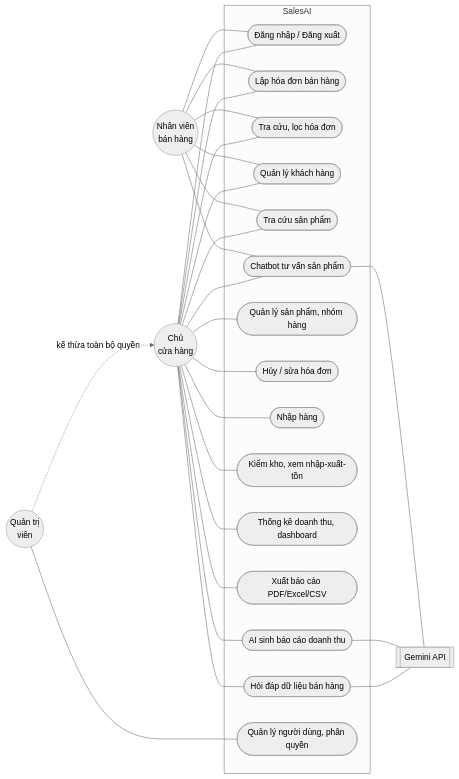
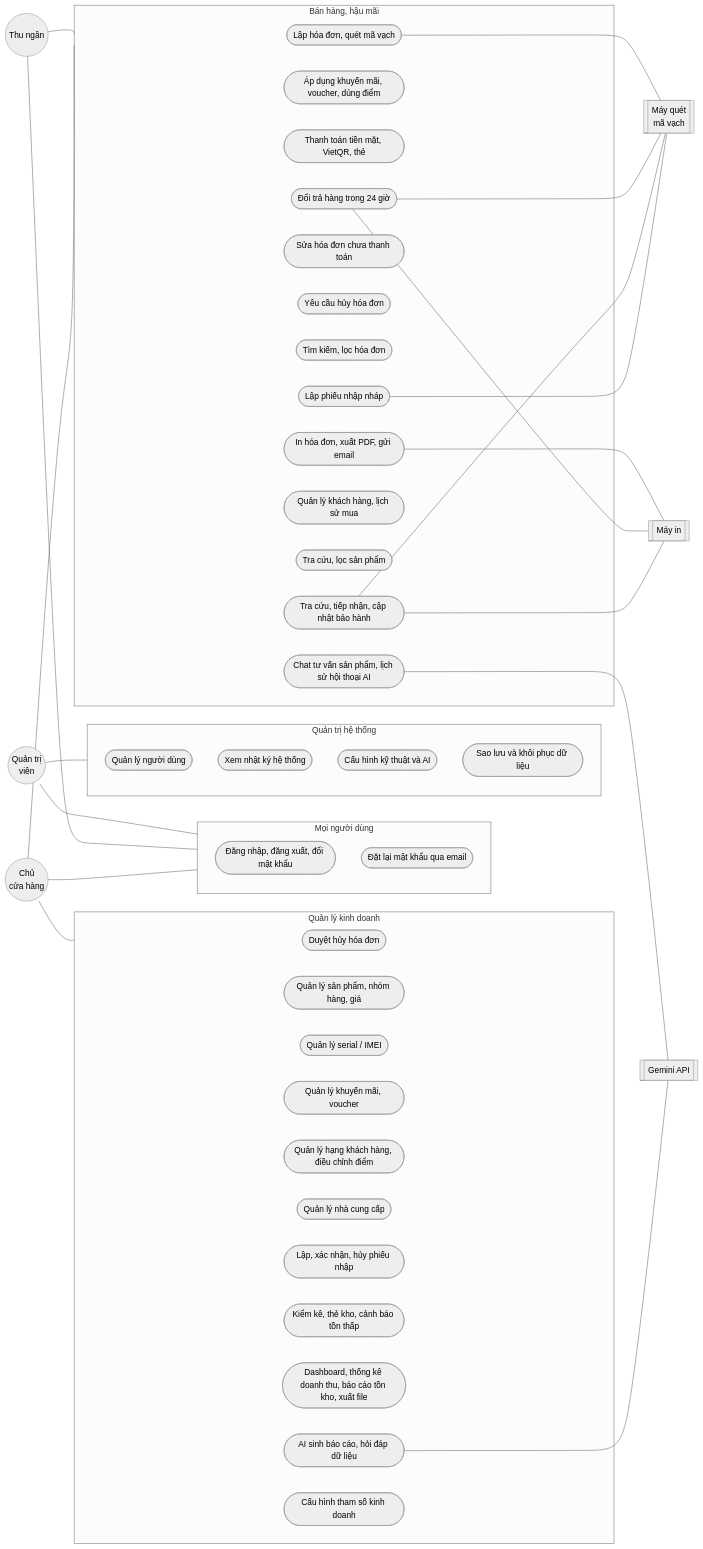
The sixth of 10 diagrams in docs/01_phan_tich_thiet_ke.md (NSNDHaiDang25/HeThongBanHangTichHopAI), drawn with Mermaid (neutral theme) before and after one commit. The commit also changed other lines of this file and 43 other files, not shown here.

First line of the commit message:
Phân quyền 3 vai trò độc lập, khuyến mãi, điểm, IMEI, đổi trả, bảo hành, quản trị hệ thống

````diff
--- a/docs/01_phan_tich_thiet_ke.md
+++ b/docs/01_phan_tich_thiet_ke.md
@@ -91,31 +130,55 @@
 ```mermaid
 flowchart LR
-    Staff((Nhân viên<br/>bán hàng))
+    Admin((Quản trị<br/>viên))
+    Staff((Thu ngân))
     Owner((Chủ<br/>cửa hàng))
-    Admin((Quản trị<br/>viên))
     AI[[Gemini API]]
+    Scan[[Máy quét<br/>mã vạch]]
+    Printer[[Máy in]]
 
-    subgraph SalesAI
-      UC1([Đăng nhập / Đăng xuất])
-      UC2([Lập hóa đơn bán hàng])
-      UC3([Tra cứu, lọc hóa đơn])
-      UC4([Quản lý khách hàng])
-      UC5([Tra cứu sản phẩm])
-      UC6([Chatbot tư vấn sản phẩm])
-      UC7([Quản lý sản phẩm, nhóm hàng])
-      UC8([Hủy / sửa hóa đơn])
-      UC9([Nhập hàng])
-      UC10([Kiểm kho, xem nhập-xuất-tồn])
-      UC11([Thống kê doanh thu, dashboard])
-      UC12([Xuất báo cáo PDF/Excel/CSV])
-      UC13([AI sinh báo cáo doanh thu])
-      UC14([Hỏi đáp dữ liệu bán hàng])
-      UC15([Quản lý người dùng, phân quyền])
+    subgraph Chung[Mọi người dùng]
+      UC1([Đăng nhập, đăng xuất, đổi mật khẩu])
+      UC2([Đặt lại mật khẩu qua email])
+    end
+    subgraph HeThong[Quản trị hệ thống]
+      UC3([Quản lý người dùng])
+      UC4([Xem nhật ký hệ thống])
+      UC5([Cấu hình kỹ thuật và AI])
+      UC6([Sao lưu và khôi phục dữ liệu])
+    end
+    subgraph BanHang[Bán hàng, hậu mãi]
+      UC10([Lập hóa đơn, quét mã vạch])
+      UC11([Áp dụng khuyến mãi, voucher, dùng điểm])
+      UC12([Thanh toán tiền mặt, VietQR, thẻ])
+      UC13([In hóa đơn, xuất PDF, gửi email])
+      UC14([Sửa hóa đơn chưa thanh toán])
+      UC15([Yêu cầu hủy hóa đơn])
+      UC16([Tìm kiếm, lọc hóa đơn])
+      UC17([Đổi trả hàng trong 24 giờ])
+      UC18([Tra cứu, tiếp nhận, cập nhật bảo hành])
+      UC19([Quản lý khách hàng, lịch sử mua])
+      UC20([Tra cứu, lọc sản phẩm])
+      UC21([Lập phiếu nhập nháp])
+      UC22([Chat tư vấn sản phẩm, lịch sử hội thoại AI])
+    end
+    subgraph QuanLy[Quản lý kinh doanh]
+      UC30([Duyệt hủy hóa đơn])
+      UC31([Quản lý sản phẩm, nhóm hàng, giá])
+      UC32([Quản lý serial / IMEI])
+      UC33([Quản lý khuyến mãi, voucher])
+      UC34([Quản lý hạng khách hàng, điều chỉnh điểm])
+      UC35([Quản lý nhà cung cấp])
+      UC36([Lập, xác nhận, hủy phiếu nhập])
+      UC37([Kiểm kê, thẻ kho, cảnh báo tồn thấp])
+      UC38([Dashboard, thống kê doanh thu, báo cáo tồn kho, xuất file])
+      UC39([AI sinh báo cáo, hỏi đáp dữ liệu])
+      UC40([Cấu hình tham số kinh doanh])
     end
 
-    Staff --- UC1 & UC2 & UC3 & UC4 & UC5 & UC6
-    Owner --- UC1 & UC2 & UC3 & UC4 & UC5 & UC6 & UC7 & UC8 & UC9 & UC10 & UC11 & UC12 & UC13 & UC14
-    Admin --- UC15
-    Admin -.->|kế thừa toàn bộ quyền| Owner
-    UC6 & UC13 & UC14 --- AI
+    Admin --- Chung & HeThong
+    Staff --- Chung & BanHang
+    Owner --- Chung & BanHang & QuanLy
+    UC22 & UC39 --- AI
+    UC10 & UC17 & UC18 & UC21 --- Scan
+    UC13 & UC17 & UC18 --- Printer
 ```
````
